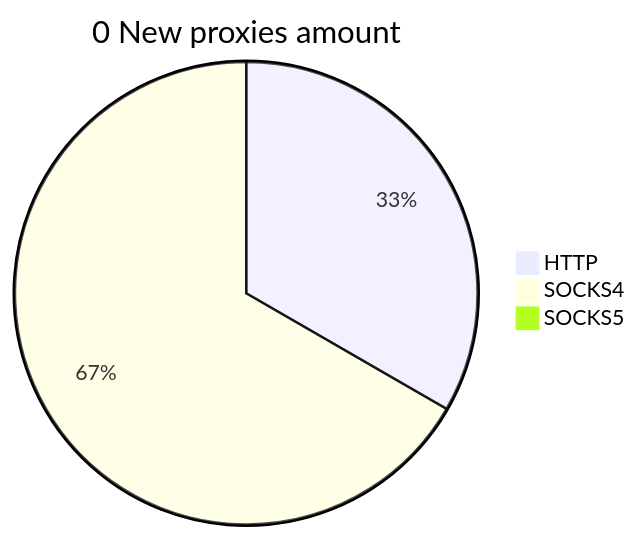
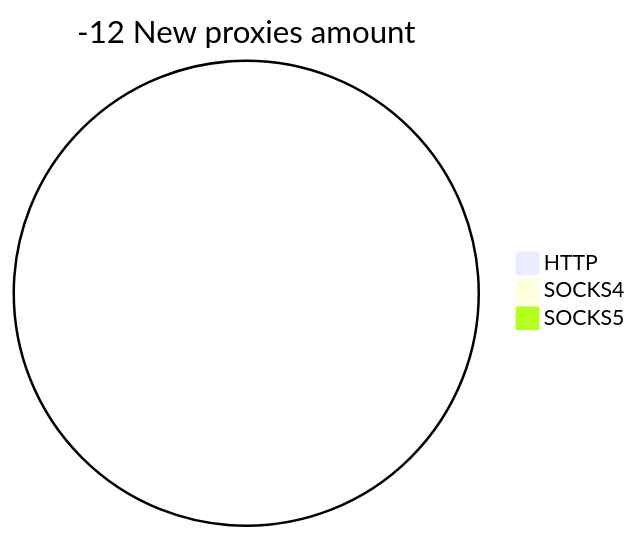
Before and after one commit to cutipu/proxylist: the second of 2 diagrams in README.md, drawn with Mermaid. The commit also changed other lines of this file, not shown here.

````diff
--- a/README.md
+++ b/README.md
@@ -10,6 +10,6 @@
 ```mermaid
-pie title 0 New proxies amount
-    "HTTP" : 1
-    "SOCKS4" : 2
+pie title -12 New proxies amount
+    "HTTP" : 0
+    "SOCKS4" : 0
     "SOCKS5" : 0
 ```
````
